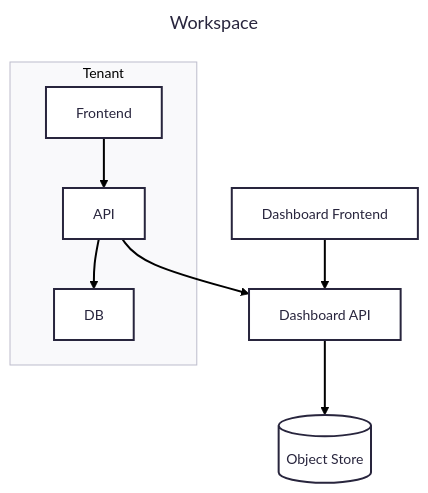
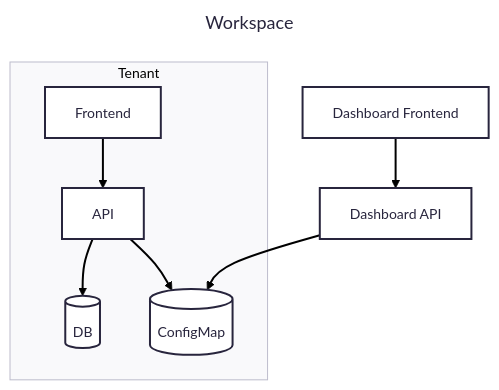
Before and after one commit to MysterionAutotronic/BachelorThesis: the diagram in mermaid/WorkspaceArchitecture.md, drawn with Mermaid.

Commit message:
modify architecture chart

````diff
--- a/mermaid/WorkspaceArchitecture.md
+++ b/mermaid/WorkspaceArchitecture.md
@@ -1,24 +1,23 @@
 ```mermaid
 ---
 config:
       theme: redux
 title: Workspace
 ---
 flowchart TD
     subgraph TENANT[Tenant]
         FE[Frontend]
         API[API]
-        DB[DB]
+        DB[(DB)]
+		CONFIGMAP[(ConfigMap)]
 
         FE --> API
         API --> DB
+		API --> CONFIGMAP
     end
     FEDASH[Dashboard Frontend]
     DASHAPI[Dashboard API]
-    OBJECTSTORE[(Object Store)]
 
-    FEDASH --> DASHAPI
-    DASHAPI --> OBJECTSTORE
-
-    API --> DASHAPI
+	FEDASH --> DASHAPI
+	DASHAPI --> CONFIGMAP
 ```
````
